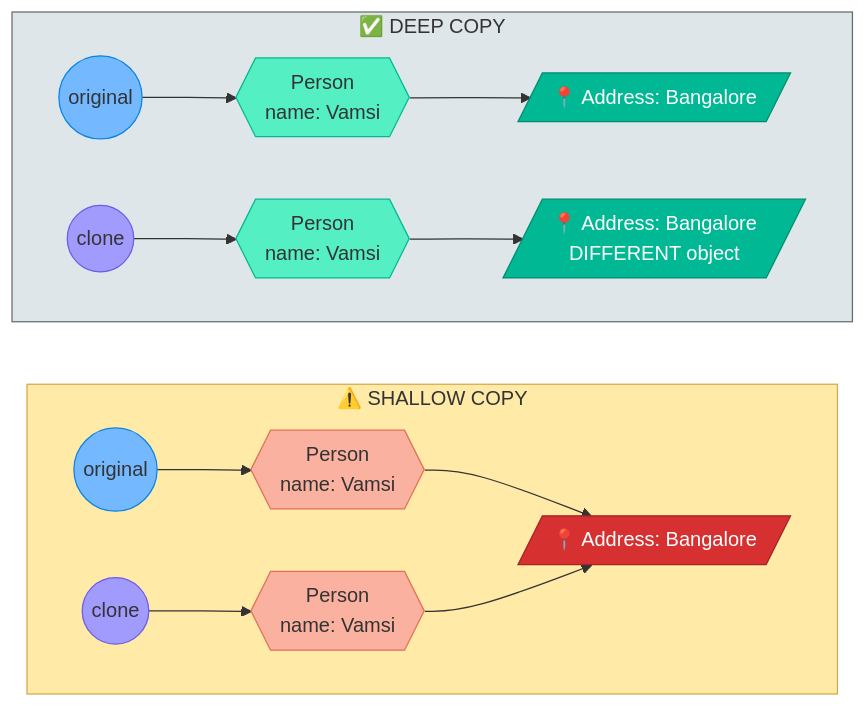
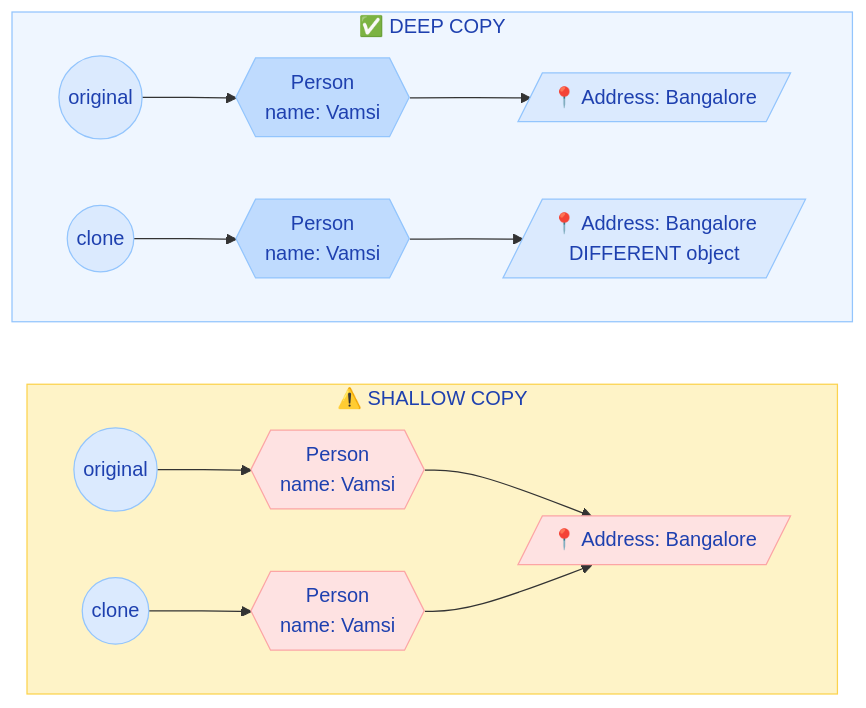
One commit to saivamsikaruturi/vamsilabs-dev-notes-main changed the diagram in docs/java/Cloning.md. Above: the diagram before and after it, drawn with Mermaid. The commit also changed 220 other files, not shown here.

First line of the commit message:
Add 50+ new Java/Spring Boot pages, rewrite CSS code blocks to Oracle style, fix all diagram colors

````diff
--- a/docs/java/Cloning.md
+++ b/docs/java/Cloning.md
@@ -9,32 +9,32 @@
 ```mermaid
 flowchart LR
     subgraph SHALLOW["⚠️ SHALLOW COPY"]
         direction LR
         SO(("original")) --> SP{{"Person<br/>name: Vamsi"}}
         SP --> SA[/"📍 Address: Bangalore"/]
         SC(("clone")) --> SP2{{"Person<br/>name: Vamsi"}}
         SP2 --> SA
     end
 
     subgraph DEEP["✅ DEEP COPY"]
         direction LR
         DO(("original")) --> DP{{"Person<br/>name: Vamsi"}}
         DP --> DA[/"📍 Address: Bangalore"/]
         DC(("clone")) --> DP2{{"Person<br/>name: Vamsi"}}
         DP2 --> DA2[/"📍 Address: Bangalore<br/>DIFFERENT object"/]
     end
 
-    style SHALLOW fill:#ffeaa7,stroke:#d4a84b,color:#333
-    style DEEP fill:#dfe6e9,stroke:#636e72,color:#333
-    style SO fill:#74b9ff,stroke:#0984e3,color:#333
-    style SC fill:#a29bfe,stroke:#6c5ce7,color:#333
-    style SP fill:#fab1a0,stroke:#e17055,color:#333
-    style SP2 fill:#fab1a0,stroke:#e17055,color:#333
-    style SA fill:#d63031,stroke:#a02525,color:#fff
-    style DO fill:#74b9ff,stroke:#0984e3,color:#333
-    style DC fill:#a29bfe,stroke:#6c5ce7,color:#333
-    style DP fill:#55efc4,stroke:#00b894,color:#333
-    style DP2 fill:#55efc4,stroke:#00b894,color:#333
-    style DA fill:#00b894,stroke:#008c6e,color:#fff
-    style DA2 fill:#00b894,stroke:#008c6e,color:#fff
+    style SHALLOW fill:#FEF3C7,stroke:#FCD34D,color:#1E40AF
+    style DEEP fill:#EFF6FF,stroke:#93C5FD,color:#1E40AF
+    style SO fill:#DBEAFE,stroke:#93C5FD,color:#1E40AF
+    style SC fill:#DBEAFE,stroke:#93C5FD,color:#1E40AF
+    style SP fill:#FEE2E2,stroke:#FCA5A5,color:#1E40AF
+    style SP2 fill:#FEE2E2,stroke:#FCA5A5,color:#1E40AF
+    style SA fill:#FEE2E2,stroke:#FCA5A5,color:#1E40AF
+    style DO fill:#DBEAFE,stroke:#93C5FD,color:#1E40AF
+    style DC fill:#DBEAFE,stroke:#93C5FD,color:#1E40AF
+    style DP fill:#BFDBFE,stroke:#93C5FD,color:#1E40AF
+    style DP2 fill:#BFDBFE,stroke:#93C5FD,color:#1E40AF
+    style DA fill:#DBEAFE,stroke:#93C5FD,color:#1E40AF
+    style DA2 fill:#DBEAFE,stroke:#93C5FD,color:#1E40AF
 ```
````
